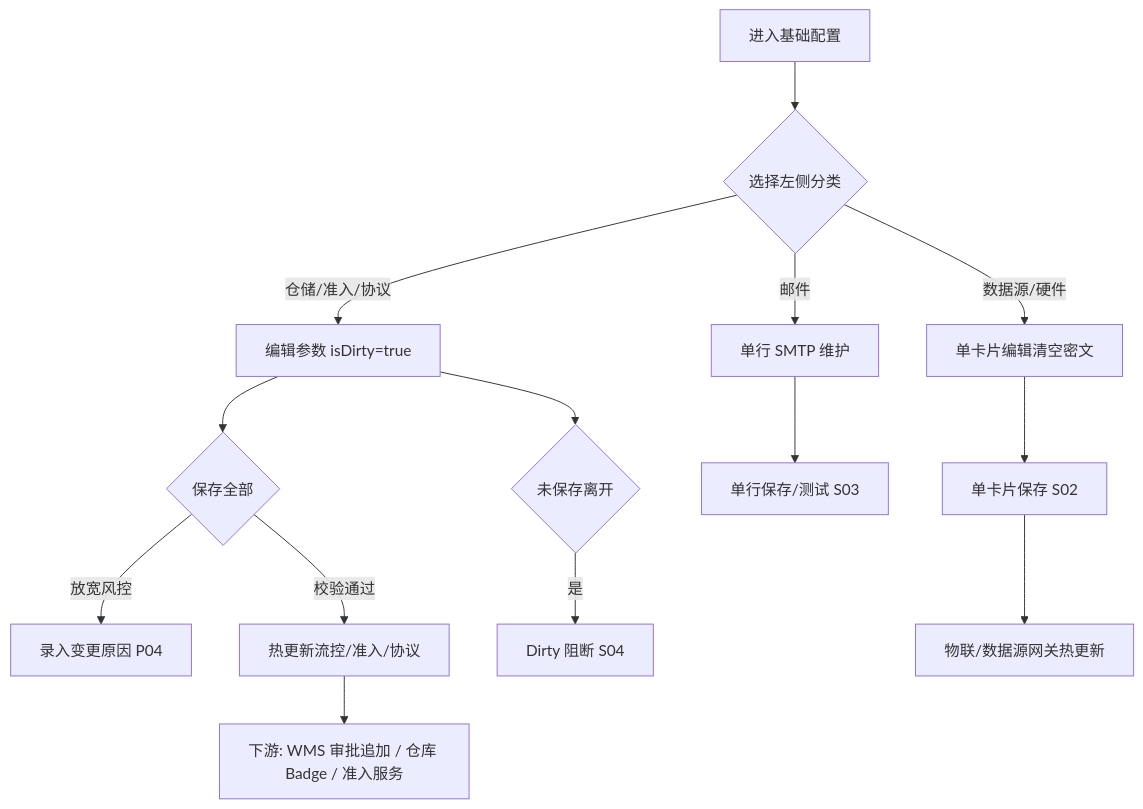
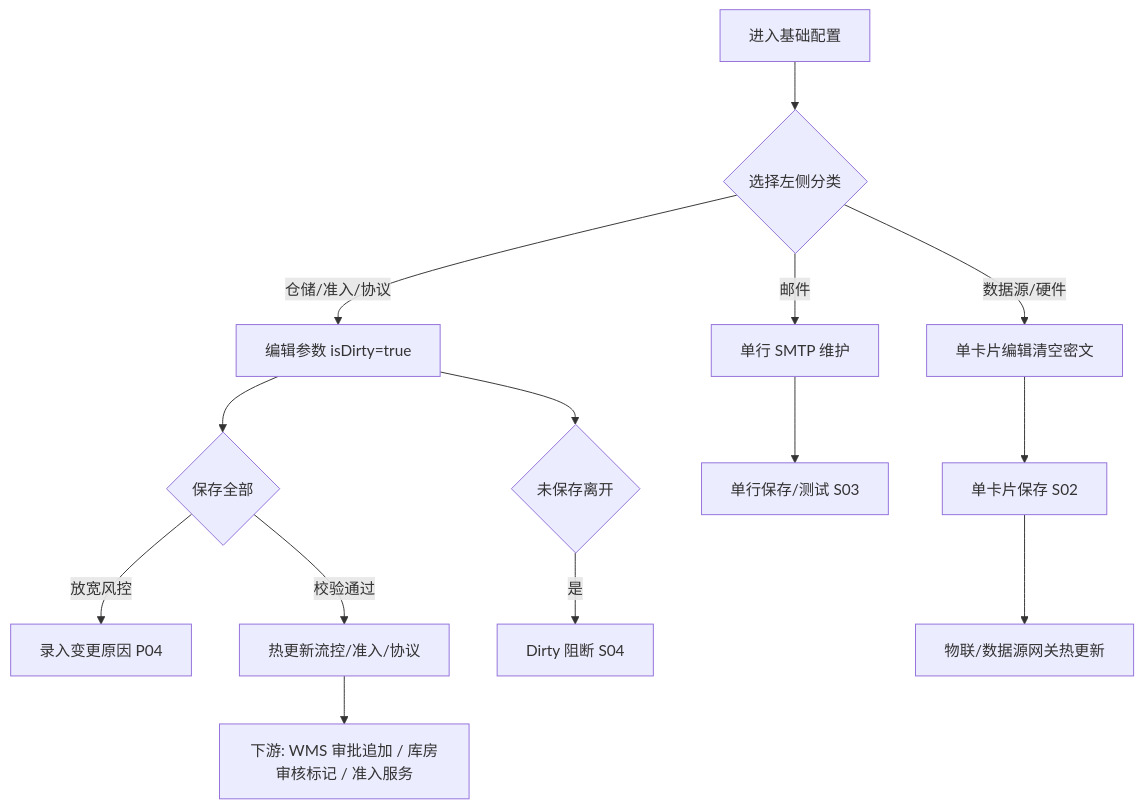
One commit to RobertHuang999/SYZC changed the fourth of 4 diagrams in 02-PRD文档/B-迭代需求/6.3版本（2026.09）/02-平台管理-基础配置/基础配置业务规则规格.md. Above: the diagram before and after it, drawn with Mermaid. The commit also changed other lines of this file and 163 other files, not shown here.

````diff
--- a/02-PRD文档/B-迭代需求/6.3版本（2026.09）/02-平台管理-基础配置/基础配置业务规则规格.md
+++ b/02-PRD文档/B-迭代需求/6.3版本（2026.09）/02-平台管理-基础配置/基础配置业务规则规格.md
@@ -334,16 +365,16 @@
 ```mermaid
 flowchart TD
     A[进入基础配置] --> B{选择左侧分类}
     B -->|仓储/准入/协议| C[编辑参数 isDirty=true]
     B -->|数据源/硬件| D[单卡片编辑清空密文]
     B -->|邮件| E[单行 SMTP 维护]
     C --> F{保存全部}
     F -->|放宽风控| G[录入变更原因 P04]
     F -->|校验通过| H[热更新流控/准入/协议]
     D --> I[单卡片保存 S02]
     E --> J[单行保存/测试 S03]
     C --> K{未保存离开}
     K -->|是| L[Dirty 阻断 S04]
-    H --> M[下游: WMS 审批追加 / 仓库 Badge / 准入服务]
+    H --> M[下游: WMS 审批追加 / 库房审核标记 / 准入服务]
     I --> N[物联/数据源网关热更新]
 ```
````
